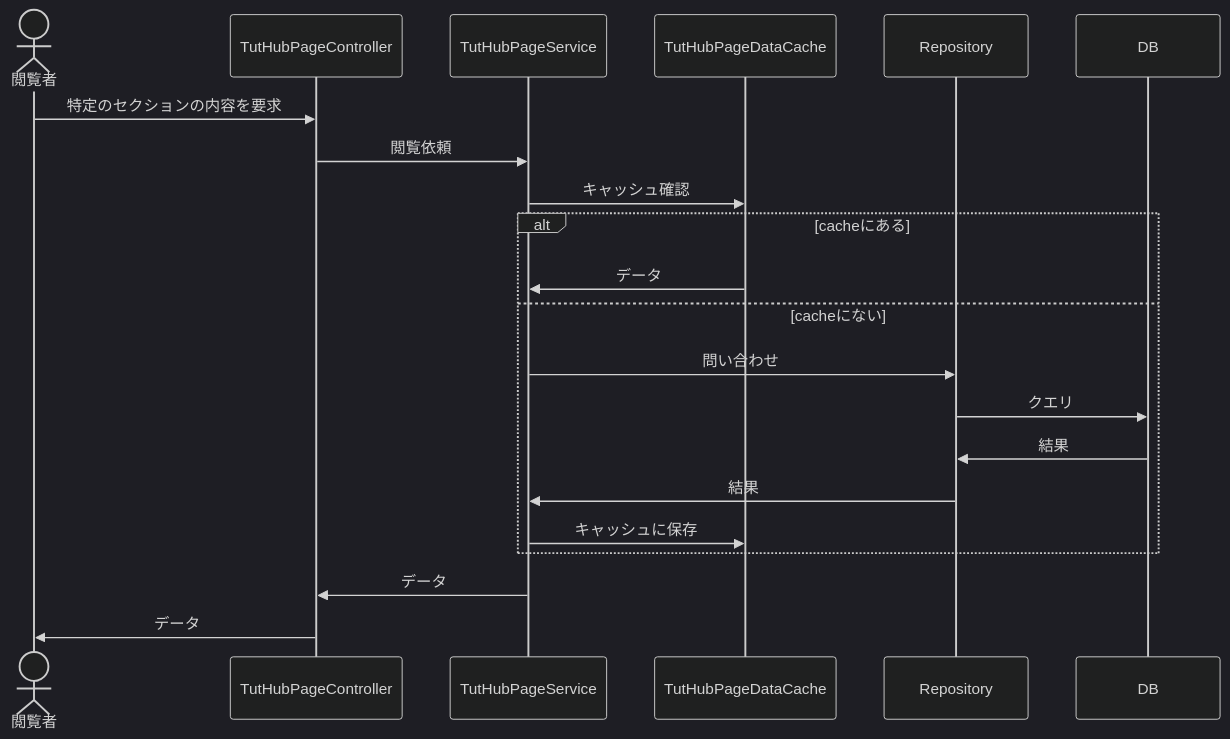
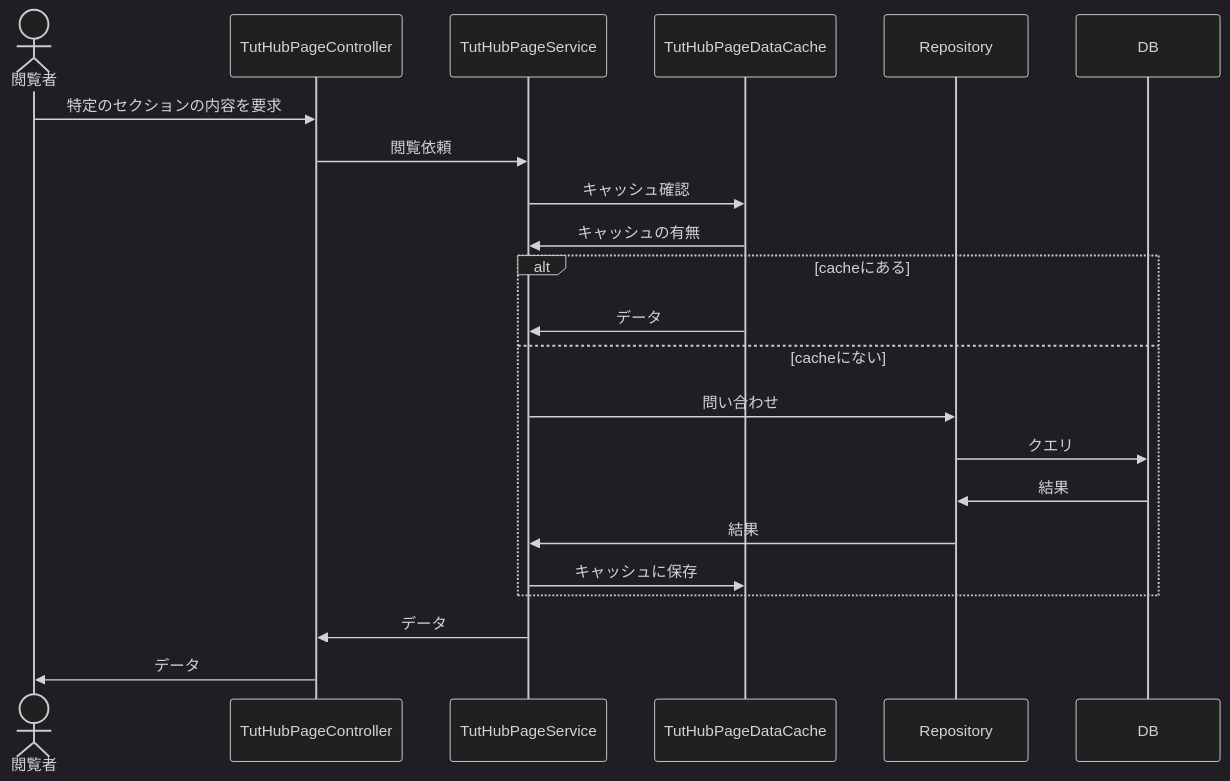
One commit to CreideaNITNC/Tuthub-Specification changed the fourth of 4 diagrams in tuthub/flow.md. Above: the diagram before and after it, drawn with Mermaid (dark theme). The commit also changed other lines of this file, not shown here.

````diff
--- a/tuthub/flow.md
+++ b/tuthub/flow.md
@@ -103,24 +103,25 @@
 ```mermaid
 sequenceDiagram
 actor browser as 閲覧者
 participant controller as TutHubPageController
 participant service as TutHubPageService
 participant cache as TutHubPageDataCache
 participant repository as Repository
 participant DB
 
 browser->>controller: 特定のセクションの内容を要求
 controller->>service: 閲覧依頼
 service->>cache: キャッシュ確認
+cache->>service: キャッシュの有無
 alt cacheにある
     cache->>service: データ
 else cacheにない
     service->>repository: 問い合わせ
     repository->>DB: クエリ
     DB->>repository: 結果
     repository->>service: 結果
     service->>cache: キャッシュに保存
 end
 service->>controller: データ
 controller->>browser: データ
 ```
````
